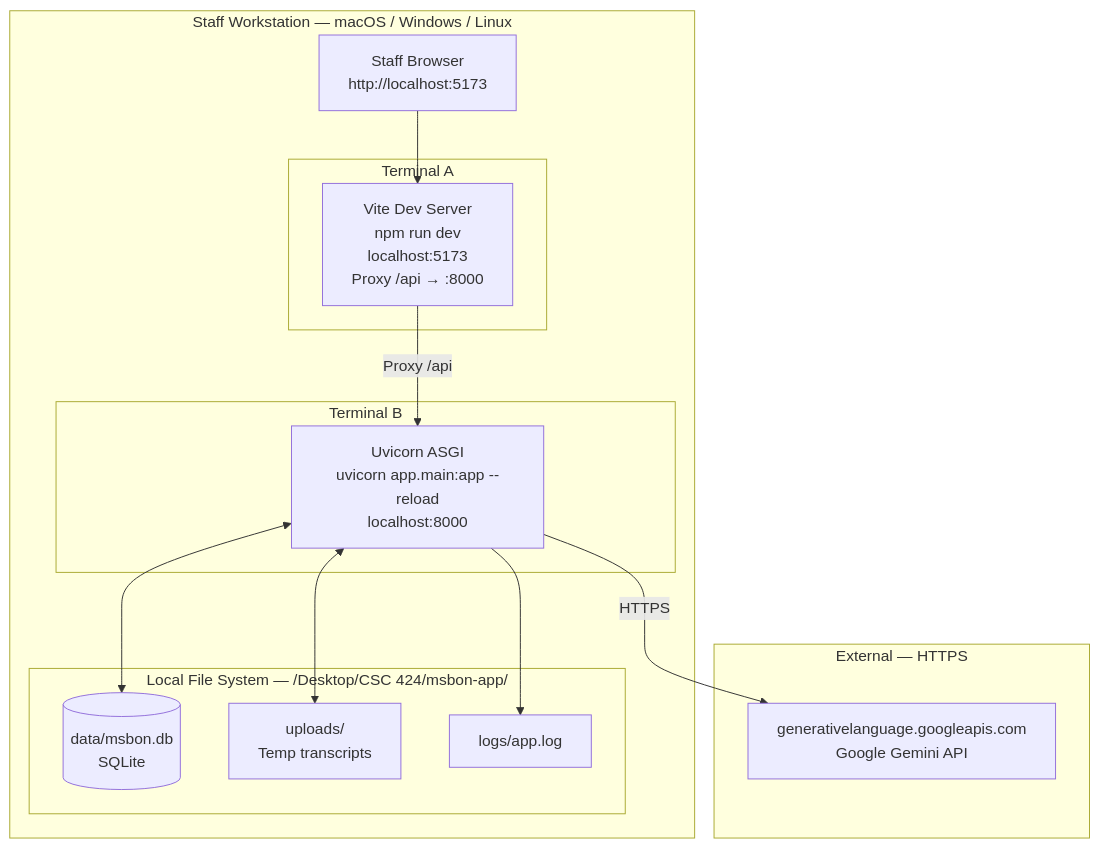
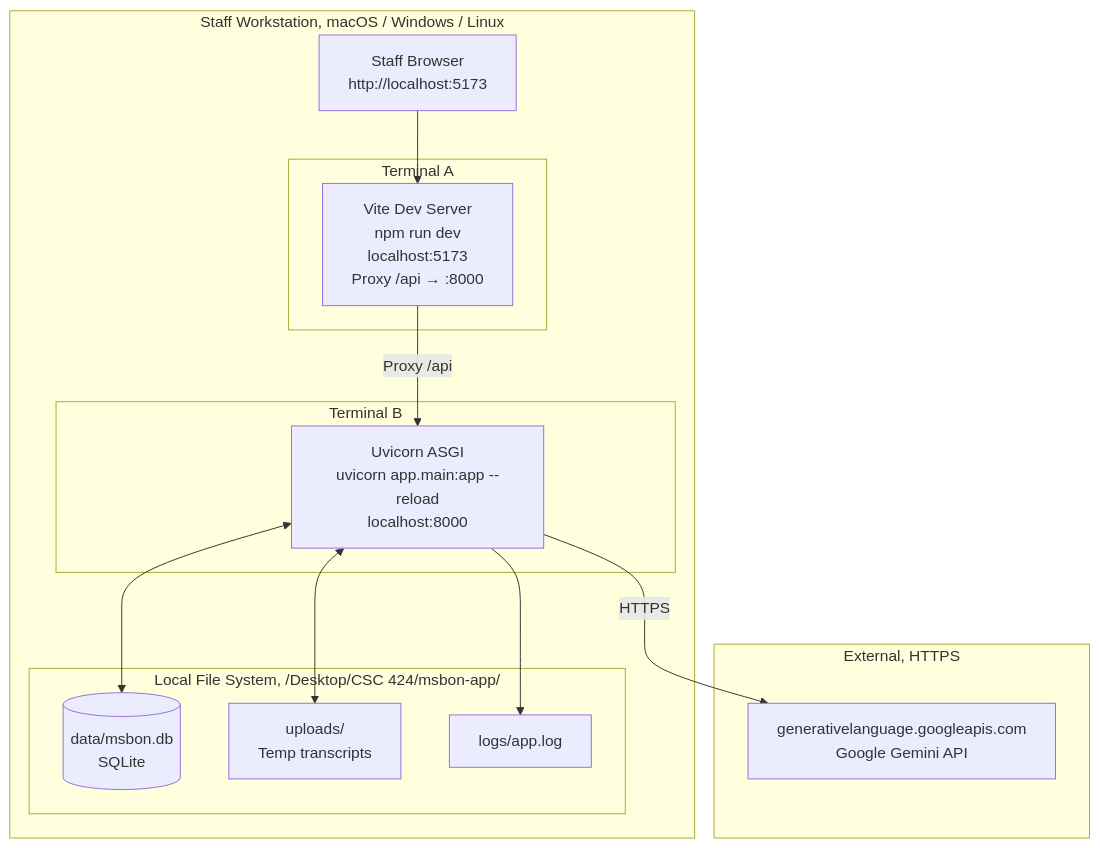
One commit to git07Sandesh/MSBON_Transcript_Verification changed the sixth of 18 diagrams in Software_Design_Document.md. Above: the diagram before and after it, drawn with Mermaid. The commit also changed other lines of this file and 46 other files, not shown here.

````diff
--- a/Software_Design_Document.md
+++ b/Software_Design_Document.md
@@ -347,28 +347,28 @@
 ```mermaid
 graph TB
-    subgraph workstation["Staff Workstation — macOS / Windows / Linux"]
+    subgraph workstation["Staff Workstation, macOS / Windows / Linux"]
         subgraph termA["Terminal A"]
             VITE["Vite Dev Server\nnpm run dev\nlocalhost:5173\nProxy /api → :8000"]
         end
         subgraph termB["Terminal B"]
             UVCN["Uvicorn ASGI\nuvicorn app.main:app --reload\nlocalhost:8000"]
         end
-        subgraph fs["Local File System — /Desktop/CSC 424/msbon-app/"]
+        subgraph fs["Local File System, /Desktop/CSC 424/msbon-app/"]
             DB3[("data/msbon.db\nSQLite")]
             UPL["uploads/\nTemp transcripts"]
             LOG["logs/app.log"]
         end
         BROWSER["Staff Browser\nhttp://localhost:5173"]
     end
 
-    subgraph ext["External — HTTPS"]
+    subgraph ext["External, HTTPS"]
         GAPI2["generativelanguage.googleapis.com\nGoogle Gemini API"]
     end
 
     BROWSER --> VITE
     VITE -->|"Proxy /api"| UVCN
     UVCN <--> DB3
     UVCN <--> UPL
     UVCN --> LOG
     UVCN -->|"HTTPS"| GAPI2
 ```
````
